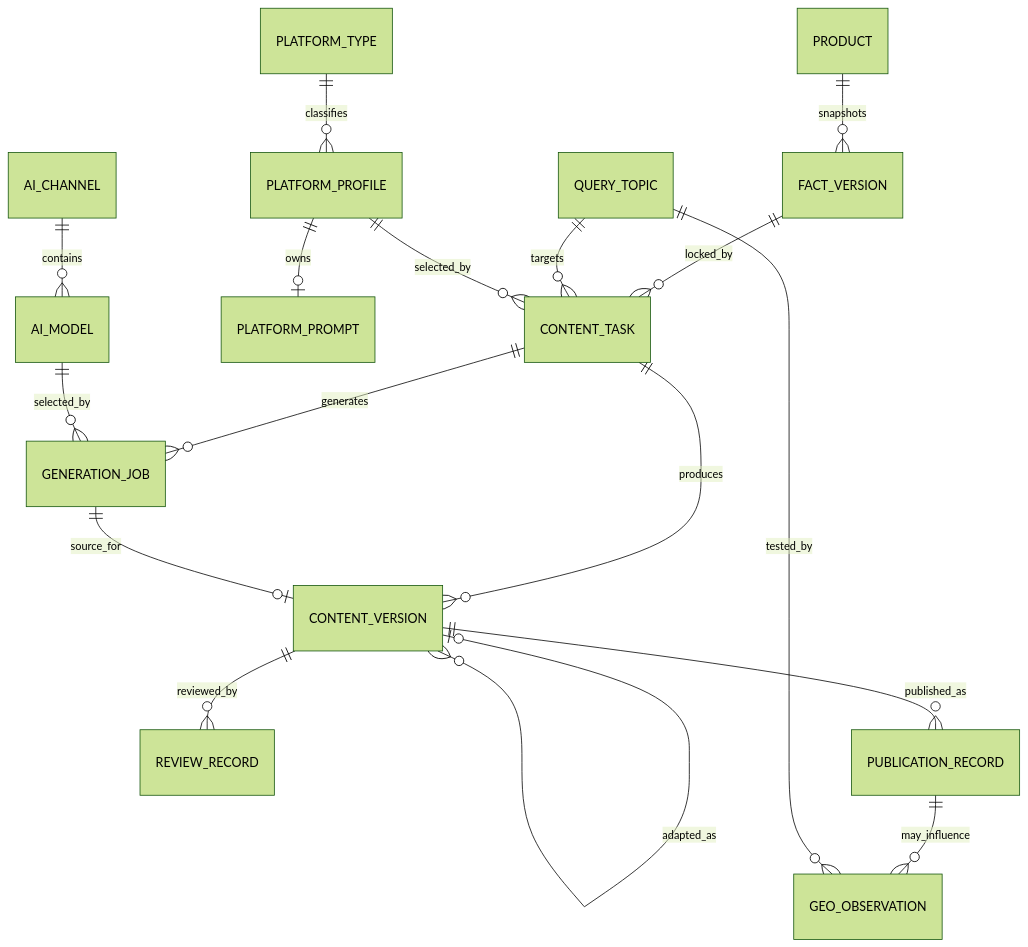
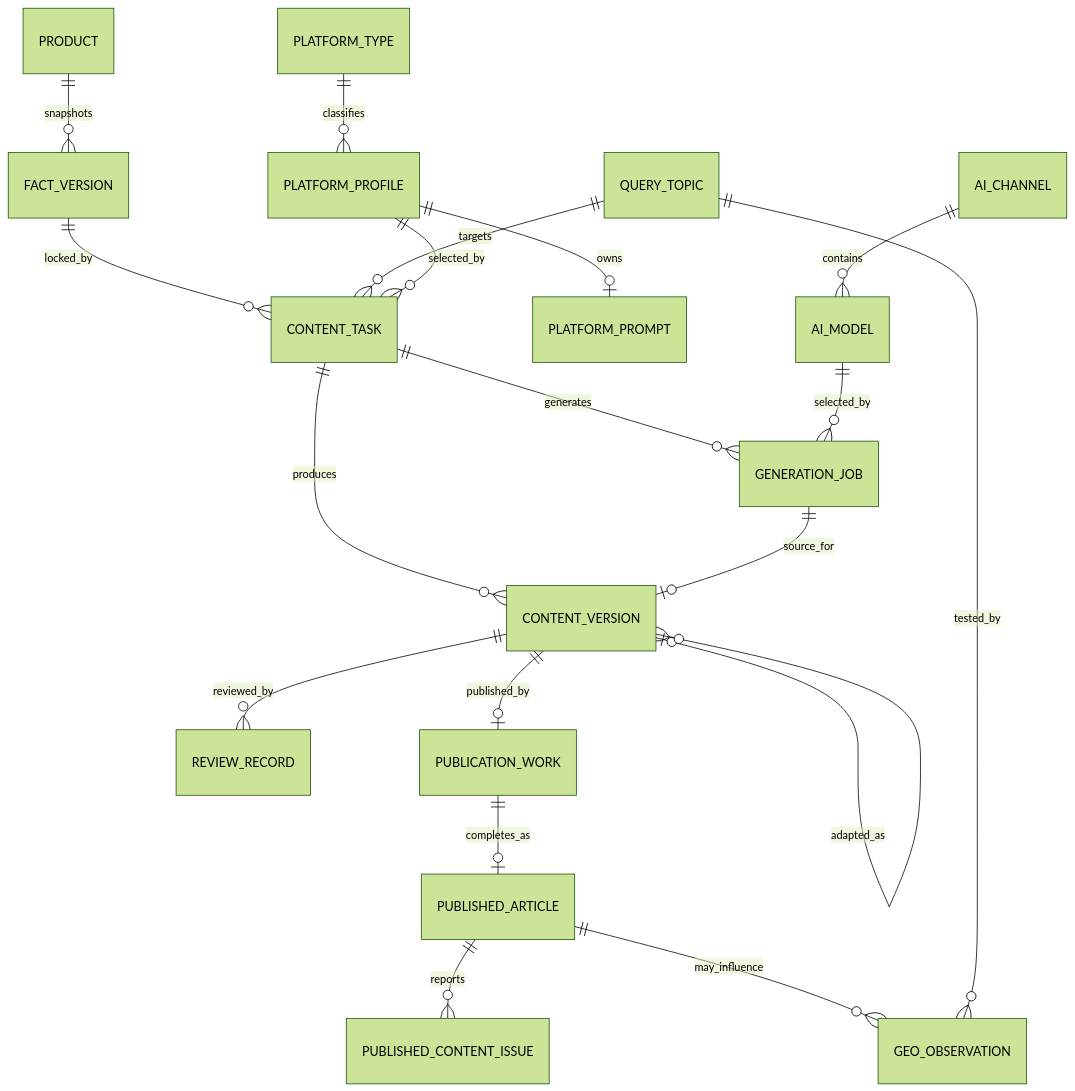
The second of 4 diagrams in docs/GEO多平台内容运营系统方案设计.md (ccisnoxx/partsignal), drawn with Mermaid (forest theme) before and after one commit. The commit also changed other lines of this file and 72 other files, not shown here.

````diff
--- a/docs/GEO多平台内容运营系统方案设计.md
+++ b/docs/GEO多平台内容运营系统方案设计.md
@@ -313,19 +327,21 @@
 ```mermaid
 erDiagram
     PRODUCT ||--o{ FACT_VERSION : snapshots
     FACT_VERSION ||--o{ CONTENT_TASK : locked_by
     QUERY_TOPIC ||--o{ CONTENT_TASK : targets
     PLATFORM_TYPE ||--o{ PLATFORM_PROFILE : classifies
     PLATFORM_PROFILE ||--o| PLATFORM_PROMPT : owns
     PLATFORM_PROFILE ||--o{ CONTENT_TASK : selected_by
     AI_CHANNEL ||--o{ AI_MODEL : contains
     CONTENT_TASK ||--o{ CONTENT_VERSION : produces
     CONTENT_TASK ||--o{ GENERATION_JOB : generates
     AI_MODEL ||--o{ GENERATION_JOB : selected_by
     GENERATION_JOB ||--o| CONTENT_VERSION : source_for
     CONTENT_VERSION o|--o{ CONTENT_VERSION : adapted_as
     CONTENT_VERSION ||--o{ REVIEW_RECORD : reviewed_by
-    CONTENT_VERSION ||--o{ PUBLICATION_RECORD : published_as
-    PUBLICATION_RECORD ||--o{ GEO_OBSERVATION : may_influence
+    CONTENT_VERSION ||--o| PUBLICATION_WORK : published_by
+    PUBLICATION_WORK ||--o| PUBLISHED_ARTICLE : completes_as
+    PUBLISHED_ARTICLE ||--o{ PUBLISHED_CONTENT_ISSUE : reports
+    PUBLISHED_ARTICLE ||--o{ GEO_OBSERVATION : may_influence
     QUERY_TOPIC ||--o{ GEO_OBSERVATION : tested_by
 ```
````
